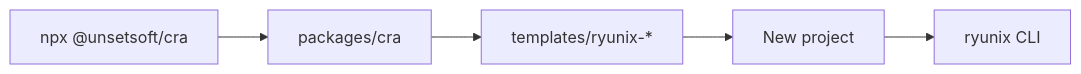
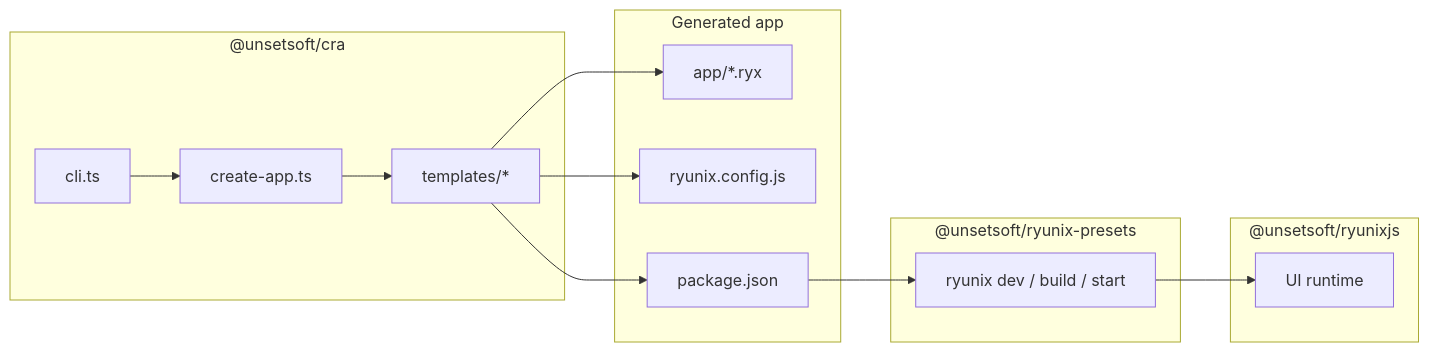
The diagram in docs/en/cra/package-overview.md (UnSetSoft/Ryunixjs), drawn with Mermaid before and after one commit. The commit also changed other lines of this file and 181 other files, not shown here.

````diff
--- a/docs/en/cra/package-overview.md
+++ b/docs/en/cra/package-overview.md
@@ -24,9 +104,26 @@
 ```mermaid
 flowchart LR
-  User[npx @unsetsoft/cra]
-  CRA[packages/cra]
-  T[templates/ryunix-*]
-  App[New project]
-  User --> CRA --> T --> App
-  App --> Presets[ryunix CLI]
+  subgraph cra ["@unsetsoft/cra"]
+    CLI[cli.ts]
+    CA[create-app.ts]
+    T[templates/*]
+    CLI --> CA
+    CA --> T
+  end
+  subgraph app ["Generated app"]
+    RYX[app/*.ryx]
+    CFG[ryunix.config.js]
+    PKG[package.json]
+  end
+  subgraph presets ["@unsetsoft/ryunix-presets"]
+    RY[ryunix dev / build / start]
+  end
+  subgraph core ["@unsetsoft/ryunixjs"]
+    RT[UI runtime]
+  end
+  T --> RYX
+  T --> CFG
+  T --> PKG
+  PKG --> RY
+  RY --> RT
 ```
````
